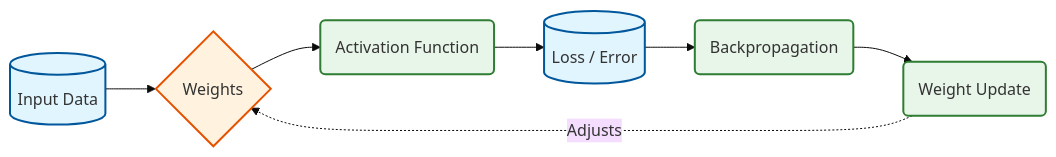
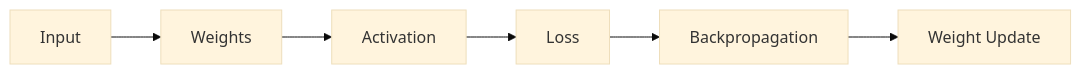
Before and after one commit to TharunCodez/road-map-of-aiml: the second of 3 diagrams in README.md, drawn with Mermaid (base theme). The commit also changed other lines of this file, not shown here.

````diff
--- a/README.md
+++ b/README.md
@@ -131,17 +113,8 @@
 ```mermaid
 graph LR
-    %% Define styles
-    classDef data fill:#e1f5fe,stroke:#01579b,stroke-width:2px;
-    classDef operation fill:#e8f5e9,stroke:#2e7d32,stroke-width:2px;
-    classDef parameter fill:#fff3e0,stroke:#e65100,stroke-width:2px;
-
-    %% Nodes
-    A[(Input Data)]:::data --> B{Weights}:::parameter
-    B --> C(Activation Function):::operation
-    C --> D[(Loss / Error)]:::data
-    D --> E(Backpropagation):::operation
-    E --> F(Weight Update):::operation
-    
-    %% Loop
-    F -.->|Adjusts| B
+    A[Input] --> B[Weights]
+    B --> C[Activation]
+    C --> D[Loss]
+    D --> E[Backpropagation]
+    E --> F[Weight Update]
 ```
````
